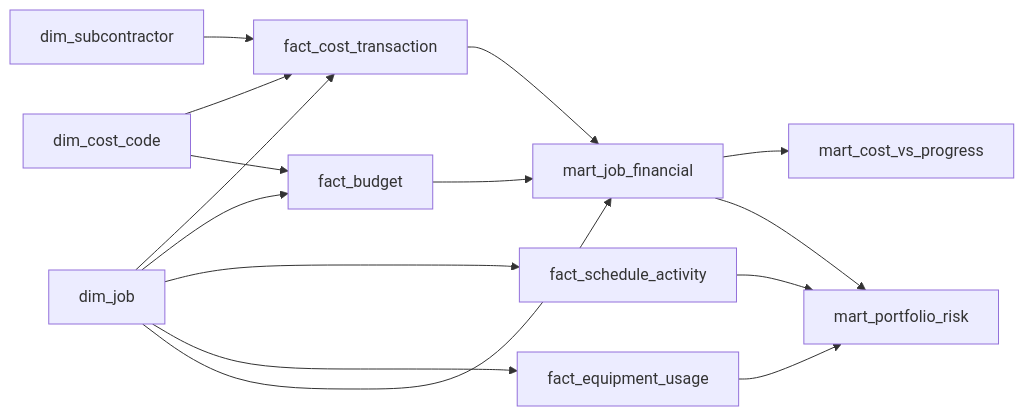
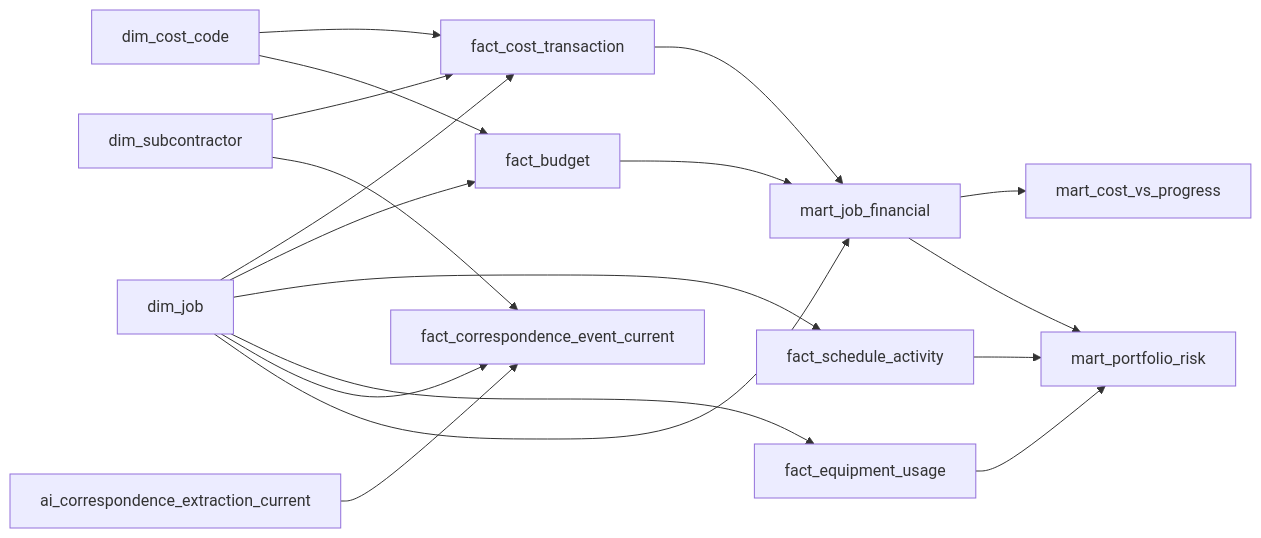
One commit to ashleykaring/FLINT-technical changed the diagram in docs/data-model.md. Above: the diagram before and after it, drawn with Mermaid. The commit also changed other lines of this file and 38 other files, not shown here.

Commit message:
AI correspondence extraction pipeline: batched Gemini extraction, normalization, checks

````diff
--- a/docs/data-model.md
+++ b/docs/data-model.md
@@ -7,17 +7,20 @@
 ```mermaid
 flowchart LR
     DJ[dim_job] --> FC[fact_cost_transaction]
     DC[dim_cost_code] --> FC
     DS[dim_subcontractor] --> FC
     DJ --> FB[fact_budget]
     DC --> FB
     DJ --> FS[fact_schedule_activity]
     DJ --> FE[fact_equipment_usage]
+    DJ --> FCE[fact_correspondence_event_current]
+    DS --> FCE
+    AEC[ai_correspondence_extraction_current] --> FCE
     FC --> MJF[mart_job_financial]
     FB --> MJF
     DJ --> MJF
     MJF --> MCP[mart_cost_vs_progress]
     MJF --> MPR[mart_portfolio_risk]
     FS --> MPR
     FE --> MPR
 ```
````
